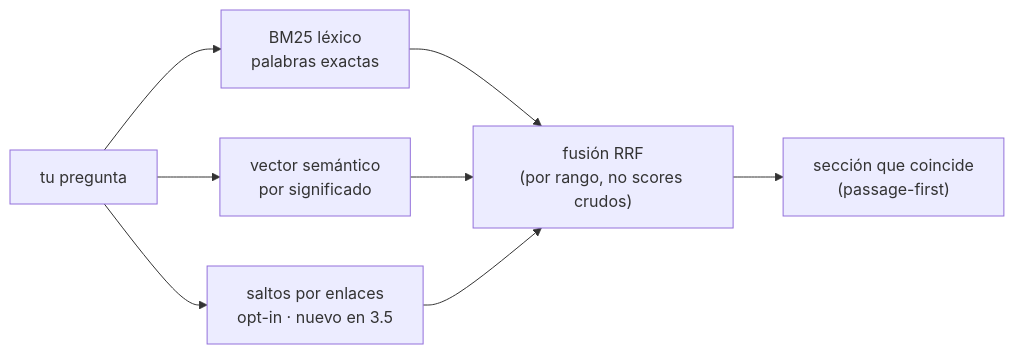
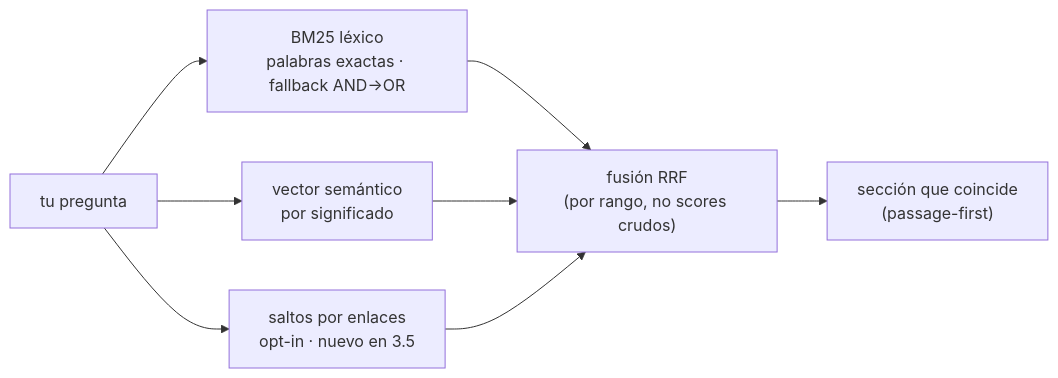
One commit to Vahlame/create-vkm-kit changed the second of 5 diagrams in docs/es/como-funciona.md. Above: the diagram before and after it, drawn with Mermaid. The commit also changed other lines of this file and 7 other files, not shown here.

````diff
--- a/docs/es/como-funciona.md
+++ b/docs/es/como-funciona.md
@@ -141,10 +141,10 @@
 ```mermaid
 flowchart LR
-  Q["tu pregunta"] --> L["BM25 léxico<br/>palabras exactas"]
+  Q["tu pregunta"] --> L["BM25 léxico<br/>palabras exactas · fallback AND→OR"]
   Q --> S["vector semántico<br/>por significado"]
   Q --> G["saltos por enlaces<br/>opt-in · nuevo en 3.5"]
   L --> F["fusión RRF<br/>(por rango, no scores crudos)"]
   S --> F
   G --> F
   F --> P["sección que coincide<br/>(passage-first)"]
 ```
````
